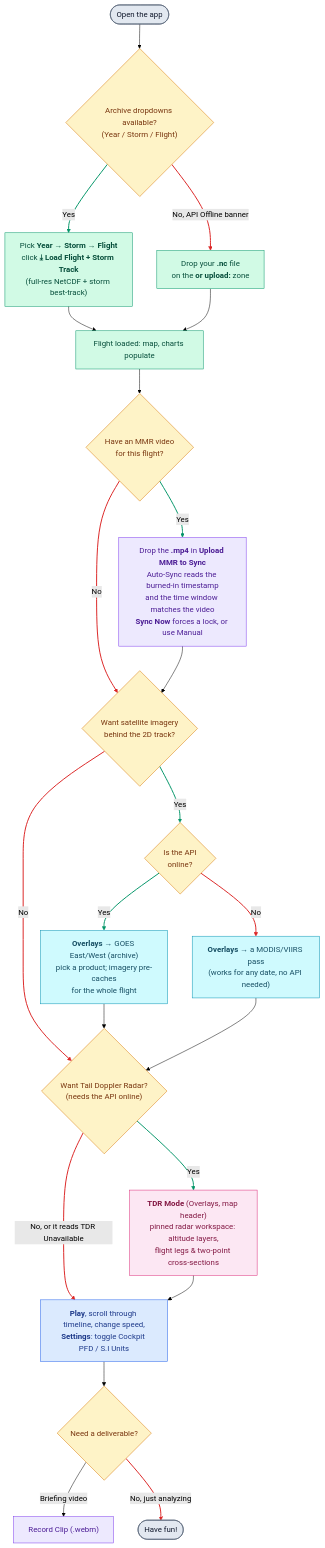
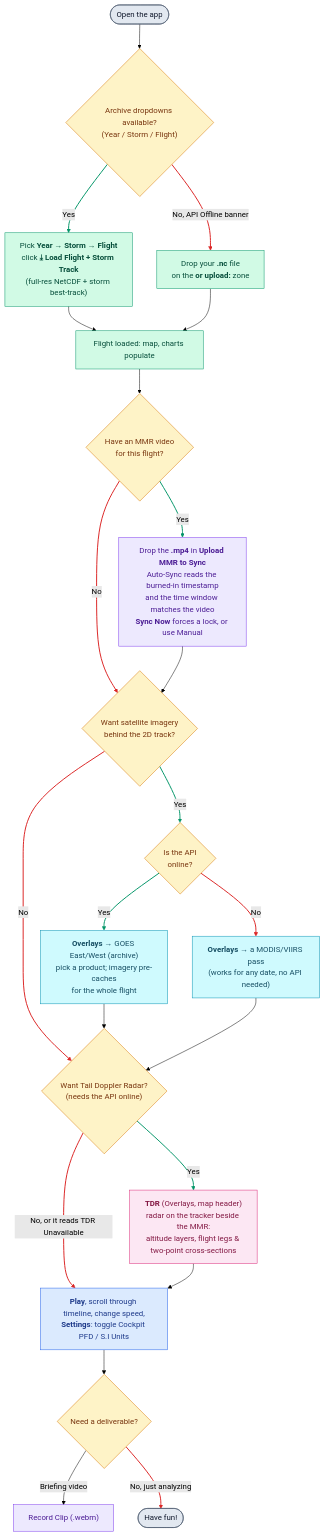
The diagram in README.md (diegoxb07/AOCVisualizer), drawn with Mermaid (forest theme) before and after one commit. The commit also changed other lines of this file and 6 other files, not shown here.

Commit message:
TDR repositioned into overlays

````diff
--- a/README.md
+++ b/README.md
@@ -21,42 +21,42 @@
 ```mermaid
 flowchart TD
     START(["Open the app"]) --> ARCHIVE{"Archive dropdowns available?<br>(Year / Storm / Flight)"}
     ARCHIVE -- "Yes" --> LOADARC["Pick <b>Year → Storm → Flight</b><br>click <b>⤓ Load Flight + Storm Track</b><br>(full-res NetCDF + storm best-track)"]
     ARCHIVE -- "No, API Offline banner" --> UPLOAD["Drop your <b>.nc</b> file<br>on the <b>or upload:</b> zone"]
     LOADARC --> LOADED["Flight loaded: map, charts populate"]
     UPLOAD --> LOADED
     LOADED --> MMR{"Have an MMR video<br>for this flight?"}
     MMR -- "Yes" --> VIDEO["Drop the <b>.mp4</b> in <b>Upload MMR to Sync</b><br>Auto-Sync reads the burned-in timestamp<br>and the time window matches the video<br><b>Sync Now</b> forces a lock, or use Manual"]
     MMR -- "No" --> SAT{"Want satellite imagery<br>behind the 2D track?"}
     VIDEO --> SAT
     SAT -- "Yes" --> FROMARC{"Is the API<br>online?"}
     FROMARC -- "Yes" --> SATGOES["<b>Overlays</b> → GOES East/West (archive)<br>pick a product; imagery pre-caches<br>for the whole flight"]
     FROMARC -- "No" --> SATPOLAR["<b>Overlays</b> → a MODIS/VIIRS pass<br>(works for any date, no API needed)"]
     SAT -- "No" --> TDRQ{"Want Tail Doppler Radar?<br>(needs the API online)"}
     SATGOES --> TDRQ
     SATPOLAR --> TDRQ
-    TDRQ -- "Yes" --> TDRMODE["<b>TDR Mode</b> (Overlays, map header)<br>pinned radar workspace: altitude layers,<br>flight legs & two-point cross-sections"]
+    TDRQ -- "Yes" --> TDRMODE["<b>TDR</b> (Overlays, map header)<br>radar on the tracker beside the MMR:<br>altitude layers, flight legs & two-point cross-sections"]
     TDRQ -- "No, or it reads TDR Unavailable" --> PLAY["<b>Play</b>, scroll through timeline, change speed,<br><b>Settings</b>: toggle Cockpit PFD / S.I Units"]
     TDRMODE --> PLAY
     PLAY --> EXPORT{"Need a deliverable?"}
     EXPORT -- "Briefing video" --> CLIP["Record Clip (.webm)"]
     EXPORT -- "No, just analyzing" --> DONE(["Have fun!"])
 
     classDef decision fill:#fef3c7,stroke:#d97706,color:#78350f
     classDef data fill:#d1fae5,stroke:#059669,color:#064e3b
     classDef mmr fill:#ede9fe,stroke:#7c3aed,color:#4c1d95
     classDef sat fill:#cffafe,stroke:#0891b2,color:#164e63
     classDef tdr fill:#fce7f3,stroke:#db2777,color:#831843
     classDef playback fill:#dbeafe,stroke:#2563eb,color:#1e3a8a
     classDef term fill:#e2e8f0,stroke:#475569,color:#0f172a
     class ARCHIVE,MMR,SAT,FROMARC,TDRQ,EXPORT decision
     class LOADARC,UPLOAD,LOADED data
     class VIDEO,CLIP mmr
     class SATGOES,SATPOLAR sat
     class TDRMODE tdr
     class PLAY playback
     class START,DONE term
     %% linkStyle numbers = edge definition order above; update them if edges are added or reordered
     linkStyle 1,6,9,10,15 stroke:#059669,stroke-width:2px
     linkStyle 2,7,11,12,16,20 stroke:#dc2626,stroke-width:2px
 ```
````
